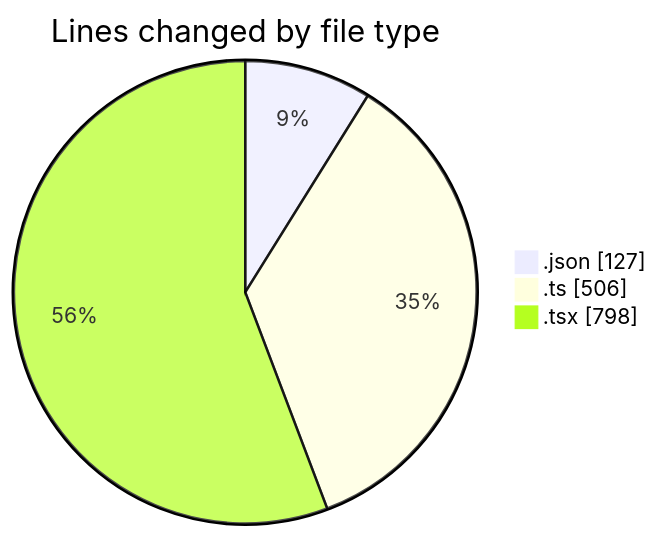
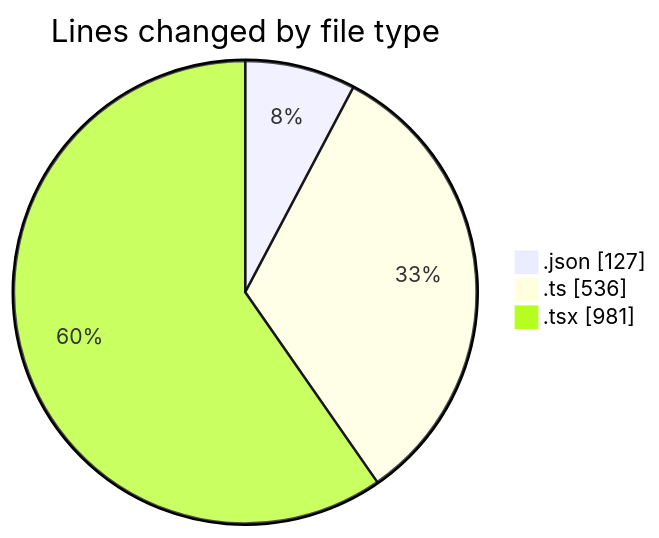
The first of 2 diagrams in 2025-11-12/eventscop-frontend-guide__workspace_/README.md (julien-gomy/code-tracking), drawn with Mermaid before and after one commit. The commit also changed other lines of this file and 1 other file, not shown here.

````diff
--- a/2025-11-12/eventscop-frontend-guide__workspace_/README.md
+++ b/2025-11-12/eventscop-frontend-guide__workspace_/README.md
@@ -24,7 +25,7 @@
 ```mermaid
 pie showData
 title Lines changed by file type
 ".json" : 127
-".ts" : 506
-".tsx" : 798
+".ts" : 536
+".tsx" : 981
 ```
````
